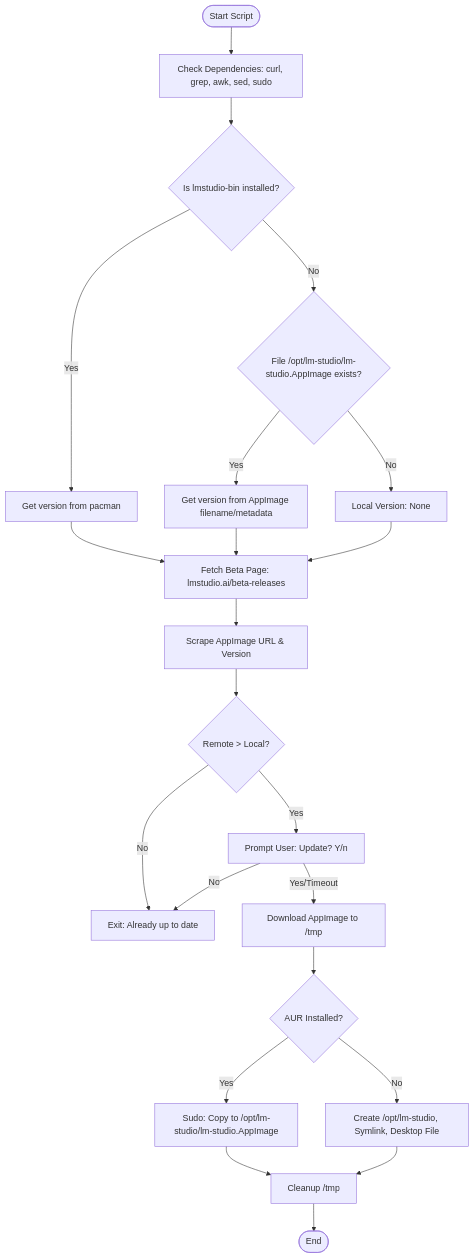
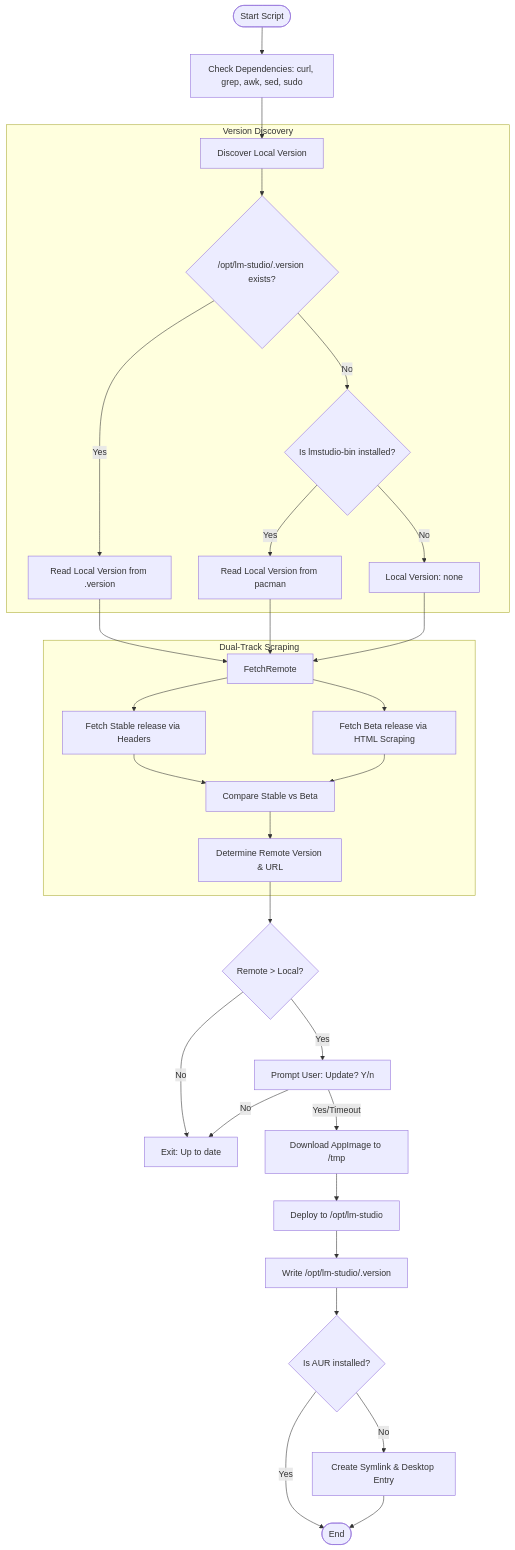
The diagram in plans/lmstudio-beta-updater-plan.md (MadGoatHaz/lmstudio-arch-updater), drawn with Mermaid before and after one commit. The commit also changed other lines of this file, not shown here.

Commit message:
Docs: Update technical roadmap and final README polish

````diff
--- a/plans/lmstudio-beta-updater-plan.md
+++ b/plans/lmstudio-beta-updater-plan.md
@@ -8,33 +8,41 @@
 ```mermaid
 graph TD
     Start([Start Script]) --> CheckDeps[Check Dependencies: curl, grep, awk, sed, sudo]
-    CheckDeps --> DetectAUR{Is lmstudio-bin installed?}
+    CheckDeps --> DiscoverLocal[Discover Local Version]
     
-    DetectAUR -- Yes --> GetLocalAUR[Get version from pacman]
-    DetectAUR -- No --> CheckOpt{File /opt/lm-studio/lm-studio.AppImage exists?}
+    subgraph DiscoverLocalLogic [Version Discovery]
+    DiscoverLocal --> CheckVersionFile{/opt/lm-studio/.version exists?}
+    CheckVersionFile -- Yes --> UseVersionFile[Read Local Version from .version]
+    CheckVersionFile -- No --> CheckAUR{Is lmstudio-bin installed?}
+    CheckAUR -- Yes --> UsePacman[Read Local Version from pacman]
+    CheckAUR -- No --> LocalNone[Local Version: none]
+    end
+
+    UseVersionFile --> FetchRemote
+    UsePacman --> FetchRemote
+    LocalNone --> FetchRemote
+
+    subgraph DualTrack [Dual-Track Scraping]
+    FetchRemote --> FetchStable[Fetch Stable release via Headers]
+    FetchRemote --> FetchBeta[Fetch Beta release via HTML Scraping]
+    FetchStable --> CompareRemote[Compare Stable vs Beta]
+    FetchBeta --> CompareRemote
+    CompareRemote --> PickNewest[Determine Remote Version & URL]
+    end
+
+    PickNewest --> VersionCheck{Remote > Local?}
     
-    CheckOpt -- Yes --> GetLocalAppImage[Get version from AppImage filename/metadata]
-    CheckOpt -- No --> LocalVersionNone[Local Version: None]
-    
-    GetLocalAUR --> FetchRemote[Fetch Beta Page: lmstudio.ai/beta-releases]
-    GetLocalAppImage --> FetchRemote
-    LocalVersionNone --> FetchRemote
-    
-    FetchRemote --> ParseURL[Scrape AppImage URL & Version]
-    ParseURL --> VersionCheck{Remote > Local?}
-    
-    VersionCheck -- No --> Exit[Exit: Already up to date]
+    VersionCheck -- No --> Exit[Exit: Up to date]
     VersionCheck -- Yes --> Prompt[Prompt User: Update? Y/n]
     
     Prompt -- No --> Exit
     Prompt -- Yes/Timeout --> Download[Download AppImage to /tmp]
     
-    Download --> Deploy{AUR Installed?}
+    Download --> Deploy[Deploy to /opt/lm-studio]
+    Deploy --> WriteVersion[Write /opt/lm-studio/.version]
     
-    Deploy -- Yes --> SudoCopy[Sudo: Copy to /opt/lm-studio/lm-studio.AppImage]
-    Deploy -- No --> StandaloneDeploy[Create /opt/lm-studio, Symlink, Desktop File]
-    
-    SudoCopy --> Cleanup[Cleanup /tmp]
-    StandaloneDeploy --> Cleanup
-    Cleanup --> End([End])
+    WriteVersion --> CheckAURDeploy{Is AUR installed?}
+    CheckAURDeploy -- No --> Standalone[Create Symlink & Desktop Entry]
+    CheckAURDeploy -- Yes --> End([End])
+    Standalone --> End
 ```
````
